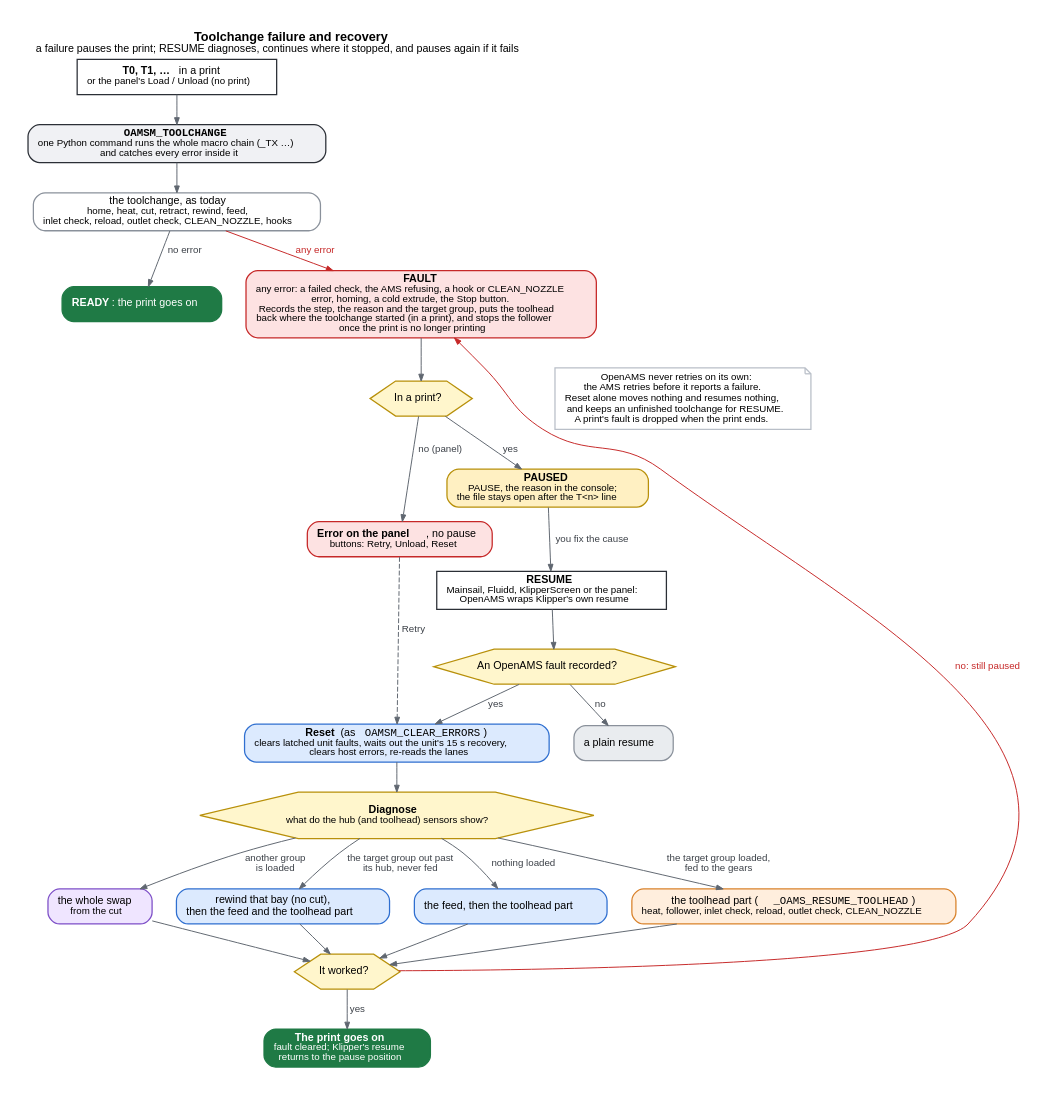
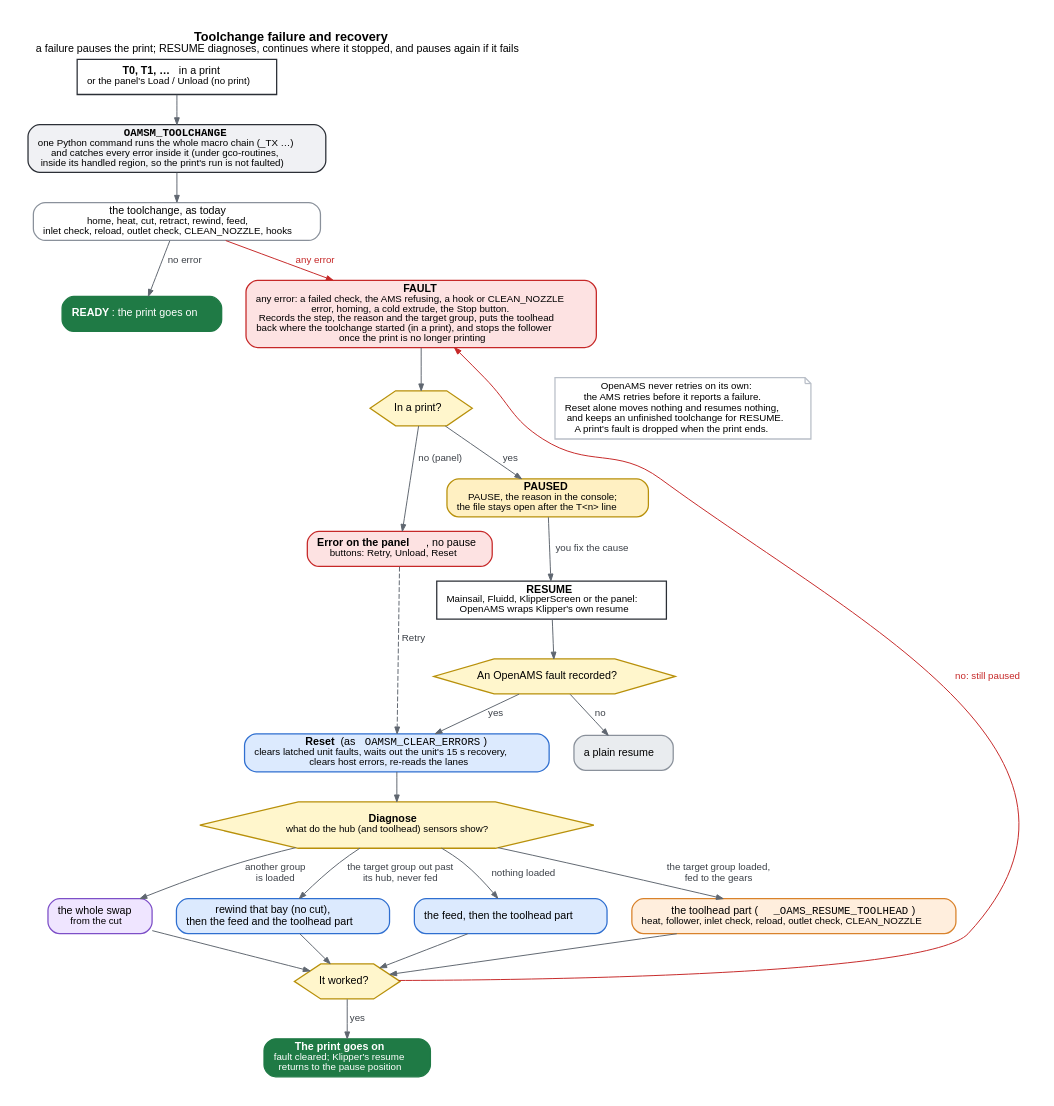
One commit to OpenAMSOrg/openams changed the diagram in docs/images/toolchange-recovery.dot. Above: the diagram before and after it, drawn with Graphviz. The commit also changed 7 other files, not shown here.

Commit message:
Under gco-routines, a failed toolchange pauses the print too

```diff
--- a/docs/images/toolchange-recovery.dot
+++ b/docs/images/toolchange-recovery.dot
@@ -1,72 +1,72 @@
 // Toolchange failure and recovery: the state machine of OAMSM_TOOLCHANGE, OAMSM_RETRY and the RESUME guard
 // (src/oams_manager.py, docs/guide/macro-sequence.md).
 // Render: dot -Tsvg toolchange-recovery.dot -o toolchange-recovery.svg
 digraph recovery {
   graph [rankdir=TB, newrank=true, nodesep=0.35, ranksep=0.4, pad=0.3, fontname="Helvetica", fontsize=13, bgcolor="white",
          label=<<b>Toolchange failure and recovery</b><br/><font point-size="11">a failure pauses the print; RESUME diagnoses, continues where it stopped, and pauses again if it fails</font>>,
          labelloc=t, labeljust=l];
   node [shape=box, style="rounded,filled", fontname="Helvetica", fontsize=11, margin="0.14,0.06", penwidth=1.3,
         fillcolor="#f0f1f4", color="#8a919b"];
   edge [fontname="Helvetica", fontsize=10, color="#5f6670", fontcolor="#3c4148", arrowsize=0.7];
 
   t_n      [style="filled,bold", fillcolor="#ffffff", color="#2b2f36",
             label=<<b>T0, T1, …</b> in a print<br/><font point-size="10">or the panel's Load / Unload (no print)</font>>];
   catch    [fillcolor="#f0f1f4", color="#2b2f36", style="rounded,filled,bold",
-            label=<<font face="Courier"><b>OAMSM_TOOLCHANGE</b></font><br/><font point-size="10">one Python command runs the whole macro chain (_TX …)<br/>and catches every error inside it</font>>];
+            label=<<font face="Courier"><b>OAMSM_TOOLCHANGE</b></font><br/><font point-size="10">one Python command runs the whole macro chain (_TX …)<br/>and catches every error inside it (under gco-routines,<br/>inside its handled region, so the print's run is not faulted)</font>>];
   chain    [fillcolor="#ffffff", color="#8a919b",
             label=<the toolchange, as today<br/><font point-size="10">home, heat, cut, retract, rewind, feed,<br/>inlet check, reload, outlet check, CLEAN_NOZZLE, hooks</font>>];
   done     [style="rounded,filled,bold", fillcolor="#1f7a45", color="#1f7a45", fontcolor="white",
             label=<<b>READY</b>: the print goes on>];
 
   fault    [style="rounded,filled,bold", fillcolor="#fde2e2", color="#c62828",
             label=<<b>FAULT</b><br/><font point-size="10">any error: a failed check, the AMS refusing, a hook or CLEAN_NOZZLE<br/>error, homing, a cold extrude, the Stop button.<br/>Records the step, the reason and the target group, puts the toolhead<br/>back where the toolchange started (in a print), and stops the follower<br/>once the print is no longer printing</font>>];
   where    [shape=hexagon, style="filled", fillcolor="#fff6cc", color="#b8900a", label=<In a print?>];
   paused   [style="rounded,filled,bold", fillcolor="#fff0c2", color="#b8900a",
             label=<<b>PAUSED</b><br/><font point-size="10">PAUSE, the reason in the console;<br/>the file stays open after the T&lt;n&gt; line</font>>];
   error    [fillcolor="#fde2e2", color="#c62828",
             label=<<b>Error on the panel</b>, no pause<br/><font point-size="10">buttons: Retry, Unload, Reset</font>>];
 
   resume   [style="filled,bold", fillcolor="#ffffff", color="#2b2f36",
             label=<<b>RESUME</b><br/><font point-size="10">Mainsail, Fluidd, KlipperScreen or the panel:<br/>OpenAMS wraps Klipper's own resume</font>>];
   rec      [shape=hexagon, style="filled", fillcolor="#fff6cc", color="#b8900a", label=<An OpenAMS fault recorded?>];
   reset    [fillcolor="#dceafe", color="#2f6fd0",
             label=<<b>Reset</b> (as <font face="Courier">OAMSM_CLEAR_ERRORS</font>)<br/><font point-size="10">clears latched unit faults, waits out the unit's 15 s recovery,<br/>clears host errors, re-reads the lanes</font>>];
   diag     [shape=hexagon, style="filled", fillcolor="#fff6cc", color="#b8900a",
             label=<<b>Diagnose</b><br/><font point-size="10">what do the hub (and toolhead) sensors show?</font>>];
   c_tool   [fillcolor="#ffeedd", color="#d9822b",
             label=<the toolhead part (<font face="Courier">_OAMS_RESUME_TOOLHEAD</font>)<br/><font point-size="10">heat, follower, inlet check, reload, outlet check, CLEAN_NOZZLE</font>>];
   c_swap   [fillcolor="#efe5ff", color="#7d4fc7",
             label=<the whole swap<br/><font point-size="10">from the cut</font>>];
   c_rew    [fillcolor="#dceafe", color="#2f6fd0",
             label=<rewind that bay (no cut),<br/>then the feed and the toolhead part>];
   c_feed   [fillcolor="#dceafe", color="#2f6fd0",
             label=<the feed, then the toolhead part>];
   ok       [shape=hexagon, style="filled", fillcolor="#fff6cc", color="#b8900a", label=<It worked?>];
   cont     [style="rounded,filled,bold", fillcolor="#1f7a45", color="#1f7a45", fontcolor="white",
             label=<<b>The print goes on</b><br/><font point-size="10">fault cleared; Klipper's resume<br/>returns to the pause position</font>>];
   plain    [fillcolor="#e9ecef", color="#8a919b", label=<a plain resume>];
 
   t_n -> catch -> chain;
   chain -> done [label=" no error"];
   chain -> fault [label=" any error", color="#c62828", fontcolor="#c62828"];
   fault -> where;
   where -> paused [label=" yes"];
   where -> error [label=" no (panel)"];
   paused -> resume [label=" you fix the cause"];
   resume -> rec;
   rec -> plain [label=" no"];
   rec -> reset [label=" yes"];
   error -> reset [label=" Retry", style=dashed];
   reset -> diag;
   diag -> c_tool [label=" the target group loaded,\n fed to the gears"];
   diag -> c_swap [label=" another group\n is loaded"];
   diag -> c_rew  [label=" the target group out past\n its hub, never fed"];
   diag -> c_feed [label=" nothing loaded"];
   c_tool -> ok; c_swap -> ok; c_rew -> ok; c_feed -> ok;
   ok -> cont [label=" yes"];
   ok -> fault [label=" no: still paused", color="#c62828", fontcolor="#c62828", constraint=false];
 
   note [shape=note, style="filled", fillcolor="#ffffff", color="#b9bfc8", fontsize=10,
         label=<OpenAMS never retries on its own:<br/>the AMS retries before it reports a failure.<br/>Reset alone moves nothing and resumes nothing,<br/>and keeps an unfinished toolchange for RESUME.<br/>A print's fault is dropped when the print ends.>];
   {rank=same; where; note;}
 }
```
